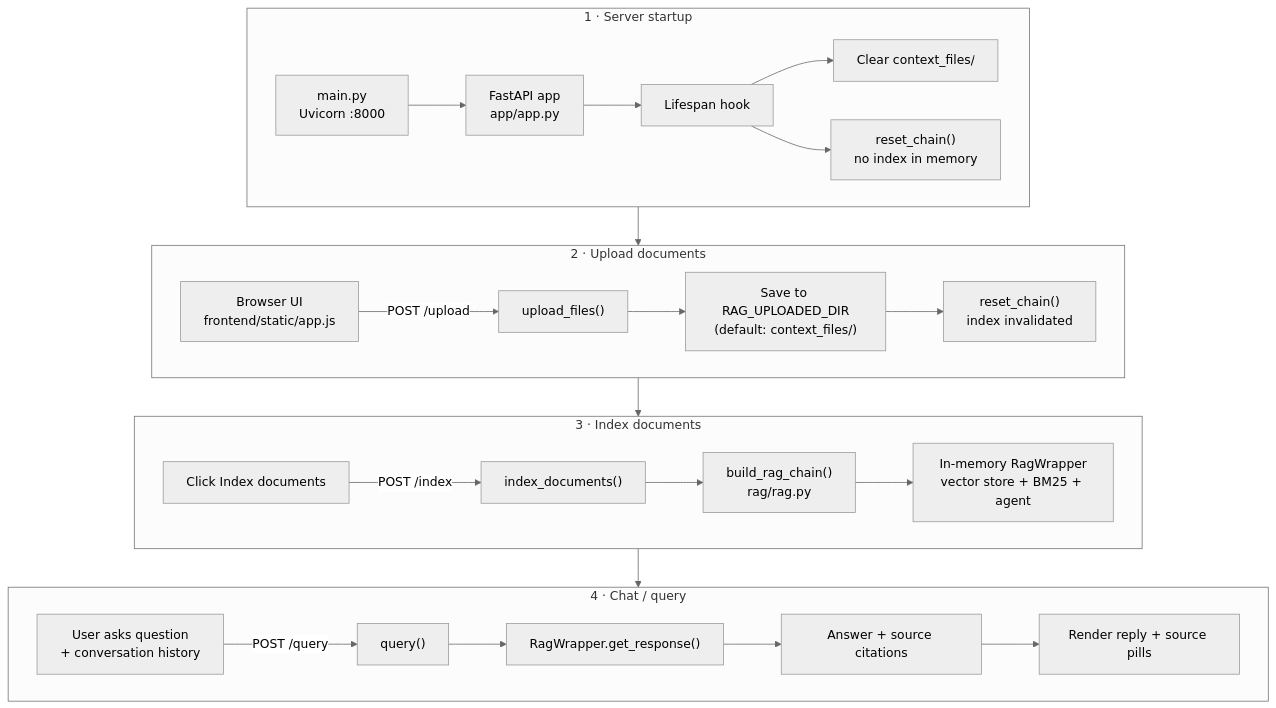
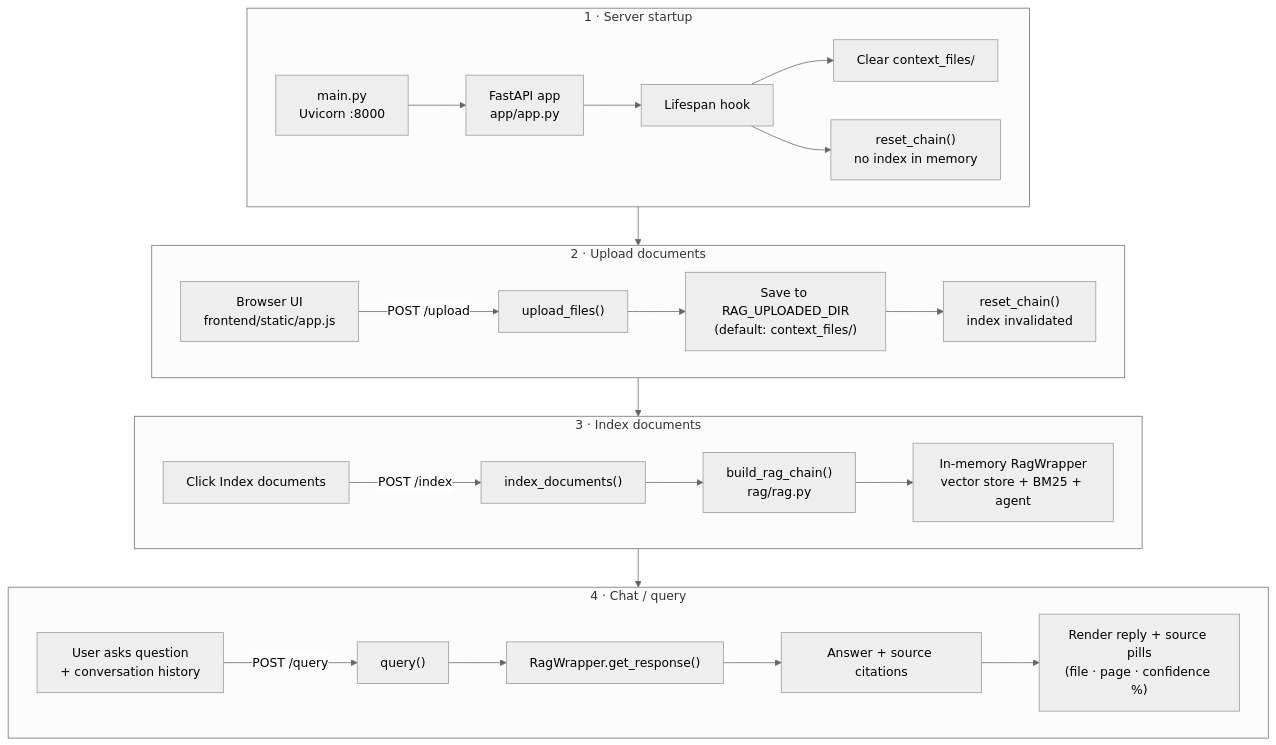
The first of 3 diagrams in README.md (pablogarciaprado/rag-chatbot), drawn with Mermaid (neutral theme) before and after one commit. The commit also changed other lines of this file and 1 other file, not shown here.

````diff
--- a/README.md
+++ b/README.md
@@ -18,32 +18,32 @@
 ```mermaid
 flowchart TB
     subgraph START["1 · Server startup"]
         MAIN["main.py<br/>Uvicorn :8000"] --> APP["FastAPI app<br/>app/app.py"]
         APP --> LIFE["Lifespan hook"]
         LIFE --> CLEAR["Clear context_files/"]
         LIFE --> RESET0["reset_chain()<br/>no index in memory"]
     end
 
     subgraph UPLOAD["2 · Upload documents"]
         UI1["Browser UI<br/>frontend/static/app.js"] -->|POST /upload| UP_EP["upload_files()"]
         UP_EP --> SAVE["Save to RAG_UPLOADED_DIR<br/>(default: context_files/)"]
         SAVE --> RESET1["reset_chain()<br/>index invalidated"]
     end
 
     subgraph INDEX["3 · Index documents"]
         UI2["Click Index documents"] -->|POST /index| IDX_EP["index_documents()"]
         IDX_EP --> BUILD["build_rag_chain()<br/>rag/rag.py"]
         BUILD --> STORE["In-memory RagWrapper<br/>vector store + BM25 + agent"]
     end
 
     subgraph CHAT["4 · Chat / query"]
         UI3["User asks question<br/>+ conversation history"] -->|POST /query| Q_EP["query()"]
         Q_EP --> RESP["RagWrapper.get_response()"]
         RESP --> OUT["Answer + source citations"]
-        OUT --> UI4["Render reply + source pills"]
+        OUT --> UI4["Render reply + source pills<br/>(file · page · confidence %)"]
     end
 
     START --> UPLOAD
     UPLOAD --> INDEX
     INDEX --> CHAT
 ```
````
